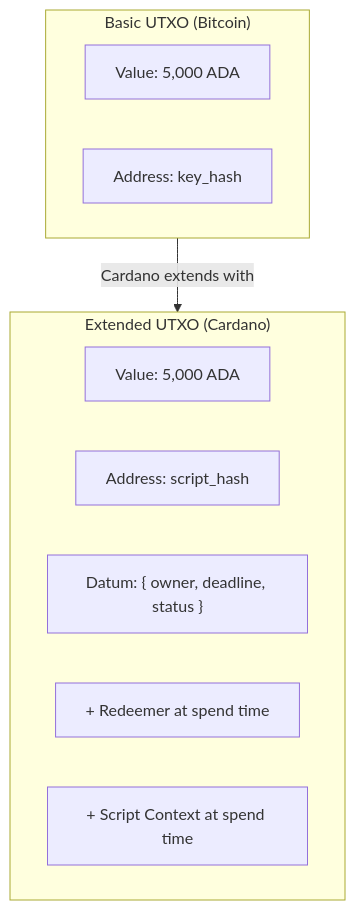
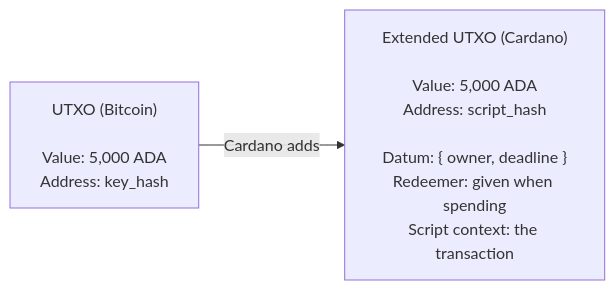
One commit to cardano-foundation/developer-portal changed the diagram in docs/developers/curriculum/fundamentals/core-concepts/eutxo.md. Above: the diagram before and after it, drawn with Mermaid. The commit also changed other lines of this file and 5 other files, not shown here.

First line of the commit message:
Module 1: fix the diagram, unwrap prose from code blocks, rewrite key derivation

````diff
--- a/docs/developers/curriculum/fundamentals/core-concepts/eutxo.md
+++ b/docs/developers/curriculum/fundamentals/core-concepts/eutxo.md
@@ -94,15 +92,6 @@
 ```mermaid
-graph TB
-    subgraph BasicUTXO["Basic UTXO (Bitcoin)"]
-        BV["Value: 5,000 ADA"]
-        BA["Address: key_hash"]
-    end
-    subgraph eUTXO["Extended UTXO (Cardano)"]
-        EV["Value: 5,000 ADA"]
-        EA["Address: script_hash"]
-        ED["Datum: { owner, deadline, status }"]
-        ER["+ Redeemer at spend time"]
-        EC["+ Script Context at spend time"]
-    end
-    BasicUTXO -->|"Cardano extends with"| eUTXO
+graph LR
+    U["UTXO (Bitcoin)<br/><br/>Value: 5,000 ADA<br/>Address: key_hash"]
+    E["Extended UTXO (Cardano)<br/><br/>Value: 5,000 ADA<br/>Address: script_hash<br/><br/>Datum: { owner, deadline }<br/>Redeemer: given when spending<br/>Script context: the transaction"]
+    U -->|"Cardano adds"| E
 ```
````
